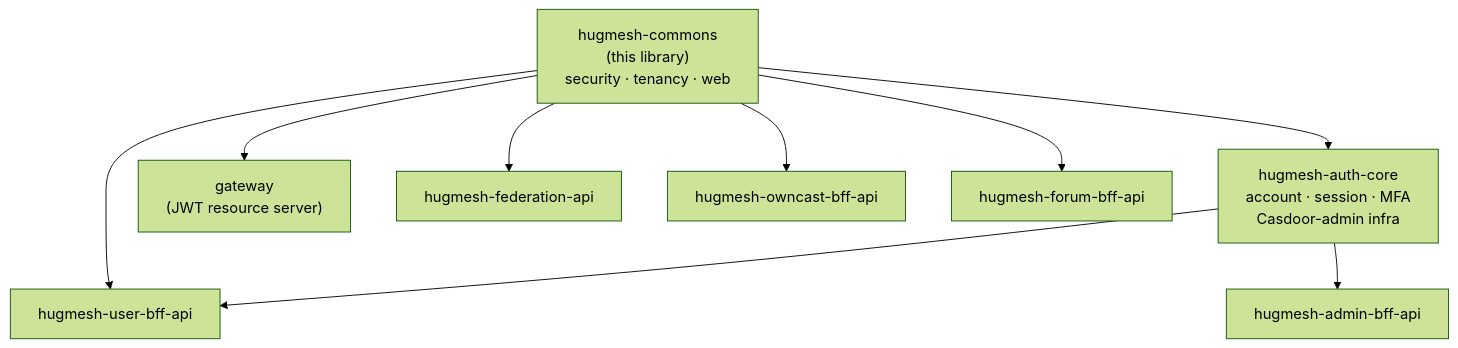
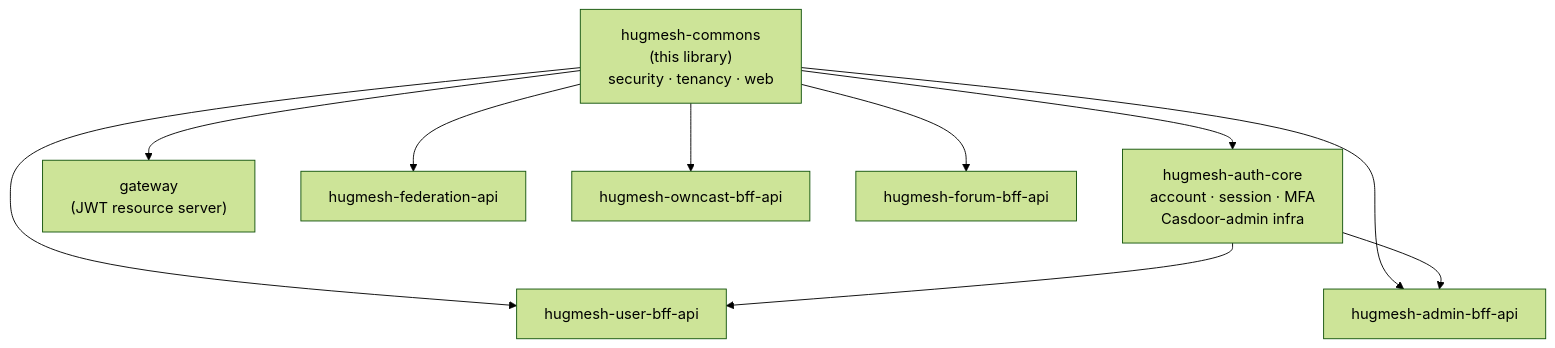
One commit to hugmesh/hugmesh-commons changed the first of 2 diagrams in README.md. Above: the diagram before and after it, drawn with Mermaid (forest theme).

Commit message:
docs: restore commons-->admin_bff edge, now confirmed live
The prior commit (9289e77) removed this edge because, at that moment,
hugmesh-admin-bff-api's pom.xml on main had not yet been rebranded and
carried no systems.hugmesh coordinates at all -- so a direct
hugmesh-commons dependency couldn't be confirmed.

hugmesh-admin-bff-api has since merged its own Snapdragon->HugMesh
rebrand (#236, merged shortly after that commit). Its pom.xml on main
now declares systems.hugmesh:hugmesh-parent:2.8.0 and a direct
<dependency> on systems.hugmesh:hugmesh-commons (main + tests
classifier) alongside auth-core -- verified against the live repo.
Re-adding the edge so the diagram matches both current reality and the
README's own prose ("every reactive BFF ... depends on it directly").

````diff
--- a/README.md
+++ b/README.md
@@ -19,20 +19,21 @@
 ```mermaid
 flowchart TB
     commons["hugmesh-commons\n(this library)\nsecurity · tenancy · web"]
     auth_core["hugmesh-auth-core\naccount · session · MFA\nCasdoor-admin infra"]
     gateway["gateway\n(JWT resource server)"]
     federation["hugmesh-federation-api"]
     user_bff["hugmesh-user-bff-api"]
     admin_bff["hugmesh-admin-bff-api"]
     owncast_bff["hugmesh-owncast-bff-api"]
     forum_bff["hugmesh-forum-bff-api"]
 
     commons --> auth_core
     commons --> gateway
     commons --> federation
     commons --> user_bff
+    commons --> admin_bff
     commons --> owncast_bff
     commons --> forum_bff
     auth_core --> user_bff
     auth_core --> admin_bff
 ```
````
